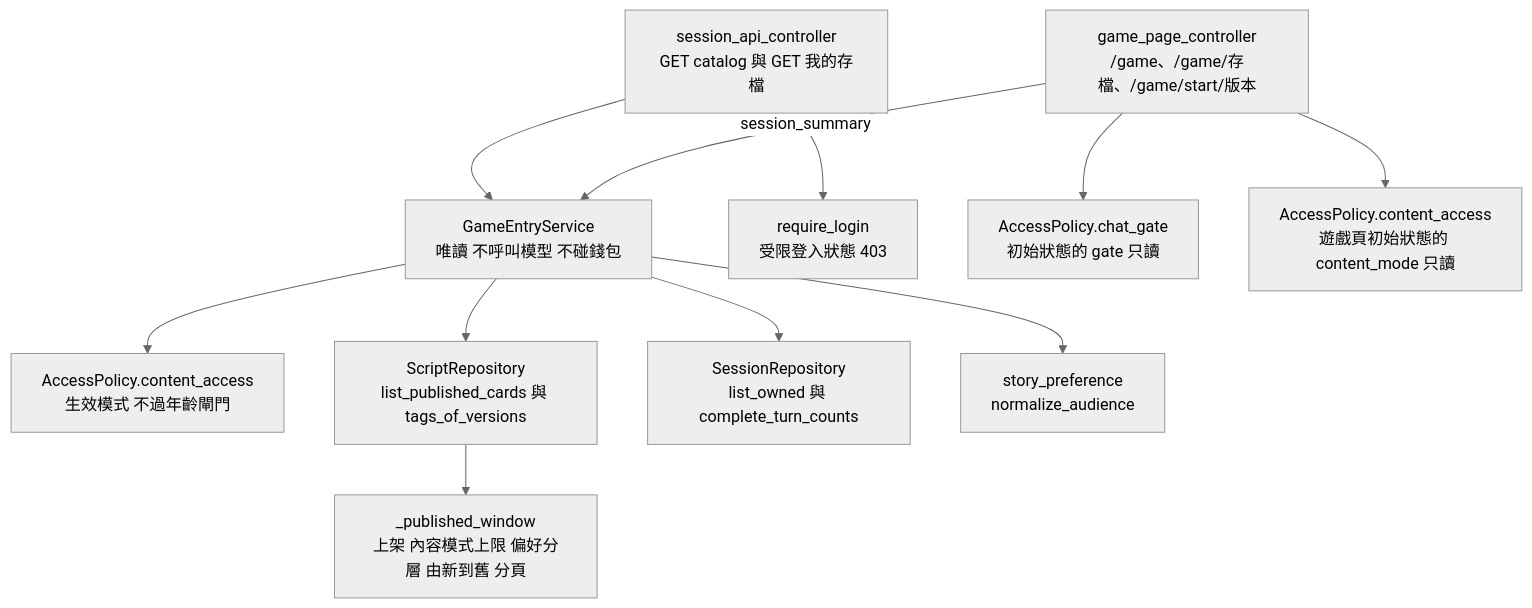
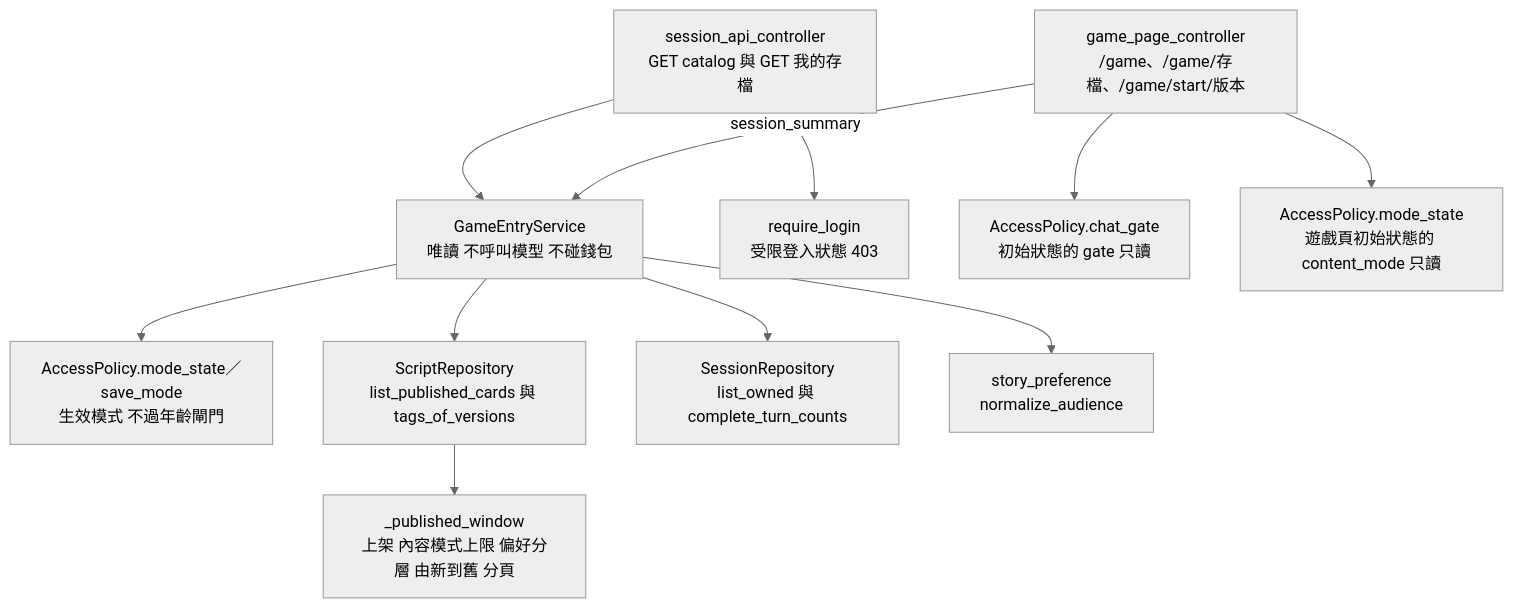
One commit to pp466pp466/R.A.C changed the fifth of 10 diagrams in docs/系統架構-architecture.md. Above: the diagram before and after it, drawn with Mermaid (neutral theme). The commit also changed other lines of this file and 68 other files, not shown here.

````diff
--- a/docs/系統架構-architecture.md
+++ b/docs/系統架構-architecture.md
@@ -213,13 +213,13 @@
 ```mermaid
 flowchart TD
     Ctl["session_api_controller<br/>GET catalog 與 GET 我的存檔"] --> GSvc["GameEntryService<br/>唯讀 不呼叫模型 不碰錢包"]
-    GSvc --> Pol["AccessPolicy.content_access<br/>生效模式 不過年齡閘門"]
+    GSvc --> Pol["AccessPolicy.mode_state／save_mode<br/>生效模式 不過年齡閘門"]
     GSvc --> SR["ScriptRepository<br/>list_published_cards 與 tags_of_versions"]
     GSvc --> SessR["SessionRepository<br/>list_owned 與 complete_turn_counts"]
     GSvc --> Pref["story_preference<br/>normalize_audience"]
     SR --> Win["_published_window<br/>上架 內容模式上限 偏好分層 由新到舊 分頁"]
     Ctl --> Cur["require_login<br/>受限登入狀態 403"]
     Page["game_page_controller<br/>/game、/game/存檔、/game/start/版本"] -->|"session_summary"| GSvc
     Page --> Gate["AccessPolicy.chat_gate<br/>初始狀態的 gate 只讀"]
-    Page --> Mode["AccessPolicy.content_access<br/>遊戲頁初始狀態的 content_mode 只讀"]
+    Page --> Mode["AccessPolicy.mode_state<br/>遊戲頁初始狀態的 content_mode 只讀"]
 ```
````
